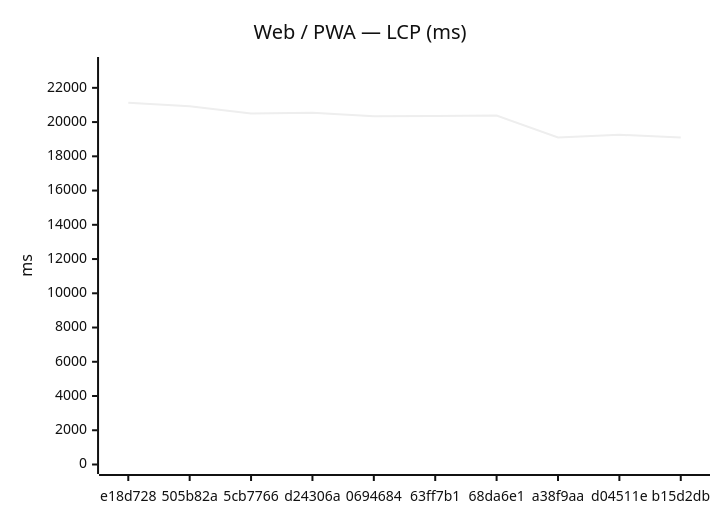
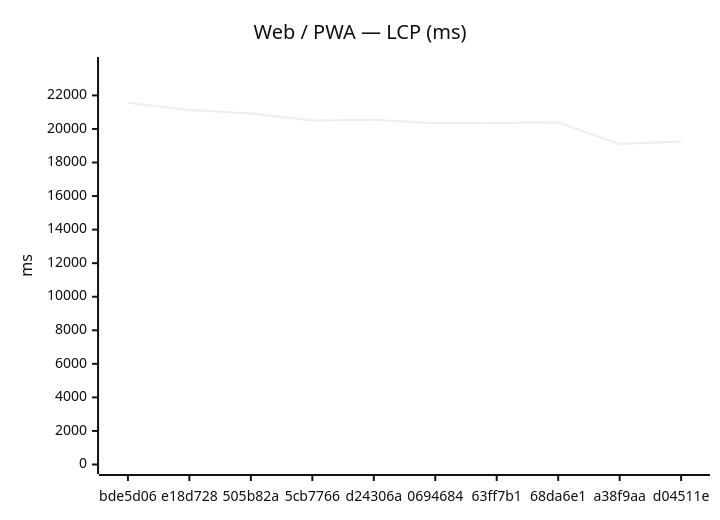
One commit to Metaheurist/Rianell changed the first of 18 diagrams in benchmarks/compare.md. Above: the diagram before and after it, drawn with Mermaid (neutral theme). The commit also changed other lines of this file and 11 other files, not shown here.

````diff
--- a/benchmarks/compare.md
+++ b/benchmarks/compare.md
@@ -24,7 +24,7 @@
 ```mermaid
 xychart-beta
     title "Web / PWA — LCP (ms)"
-    x-axis ["e18d728", "505b82a", "5cb7766", "d24306a", "0694684", "63ff7b1", "68da6e1", "a38f9aa", "d04511e", "b15d2db"]
-    y-axis "ms" 0 --> 23246
-    line [21132, 20925, 20504, 20549, 20346, 20361, 20380, 19099, 19257, 19097]
+    x-axis ["bde5d06", "e18d728", "505b82a", "5cb7766", "d24306a", "0694684", "63ff7b1", "68da6e1", "a38f9aa", "d04511e"]
+    y-axis "ms" 0 --> 23723
+    line [21566, 21132, 20925, 20504, 20549, 20346, 20361, 20380, 19099, 19257]
 ```
````
